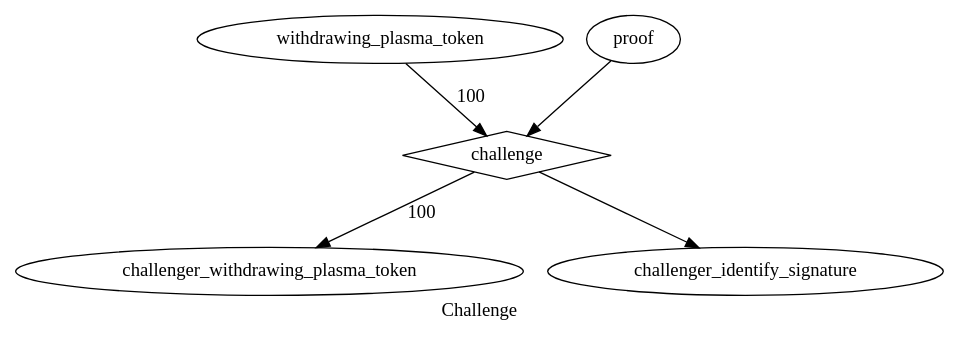
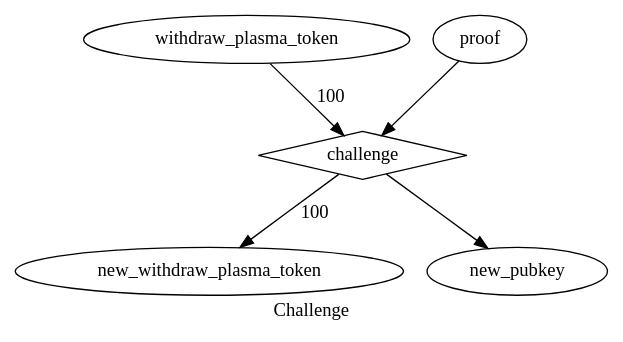
One commit to jjyr/ckb-detect-congestion-status-demo changed the diagram in graph/challenge.dot. Above: the diagram before and after it, drawn with Graphviz. The commit also changed 6 other files, not shown here.

```diff
--- a/graph/challenge.dot
+++ b/graph/challenge.dot
@@ -1,9 +1,9 @@
 digraph {
   label="Challenge";
   challenge[shape="diamond", style=""];
 
-  withdrawing_plasma_token -> challenge[label="100"];
+  withdraw_plasma_token -> challenge[label="100"];
   proof -> challenge;
-  challenge -> challenger_withdrawing_plasma_token[label="100"];
-  challenge -> challenger_identify_signature;
+  challenge -> new_withdraw_plasma_token[label="100"];
+  challenge -> new_pubkey;
 }
```
